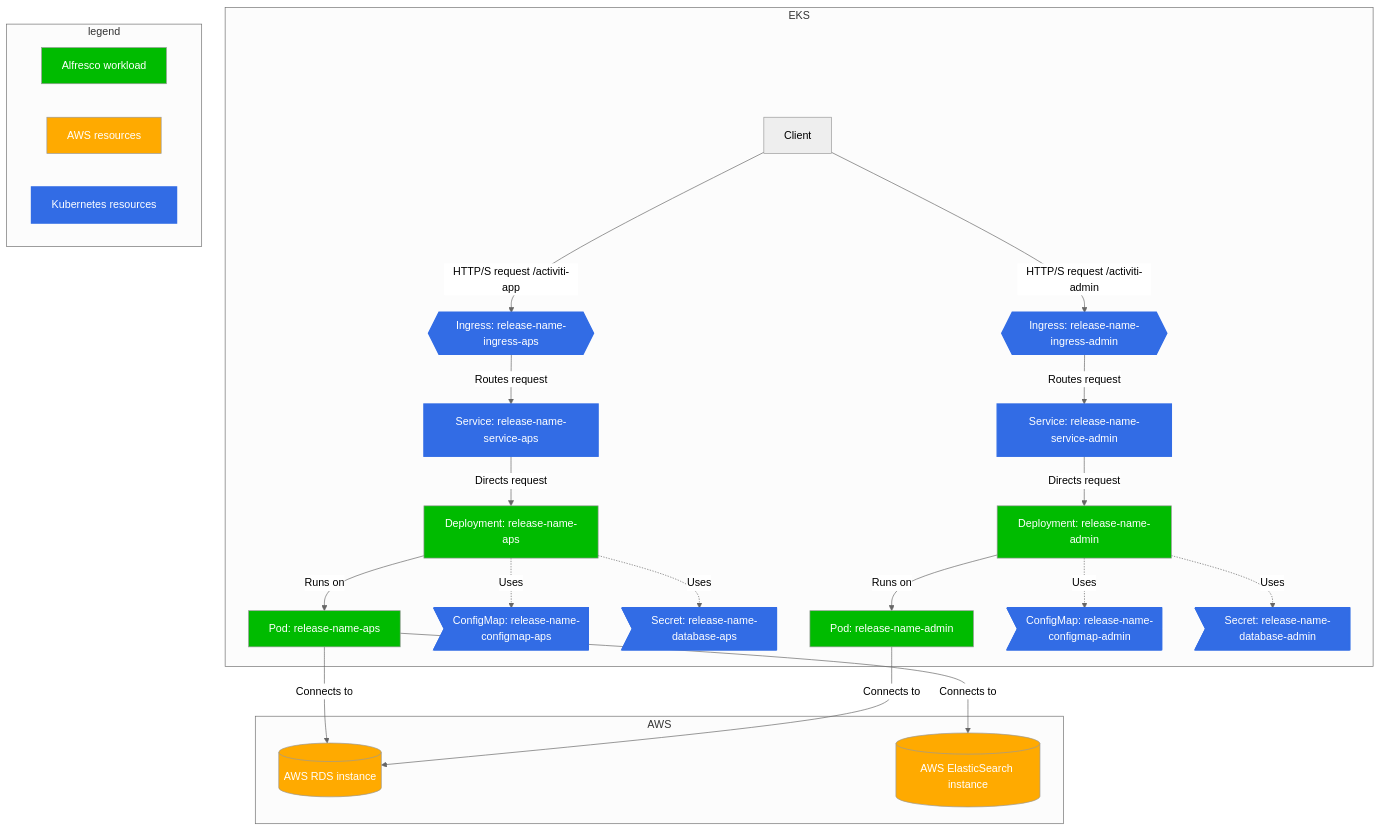
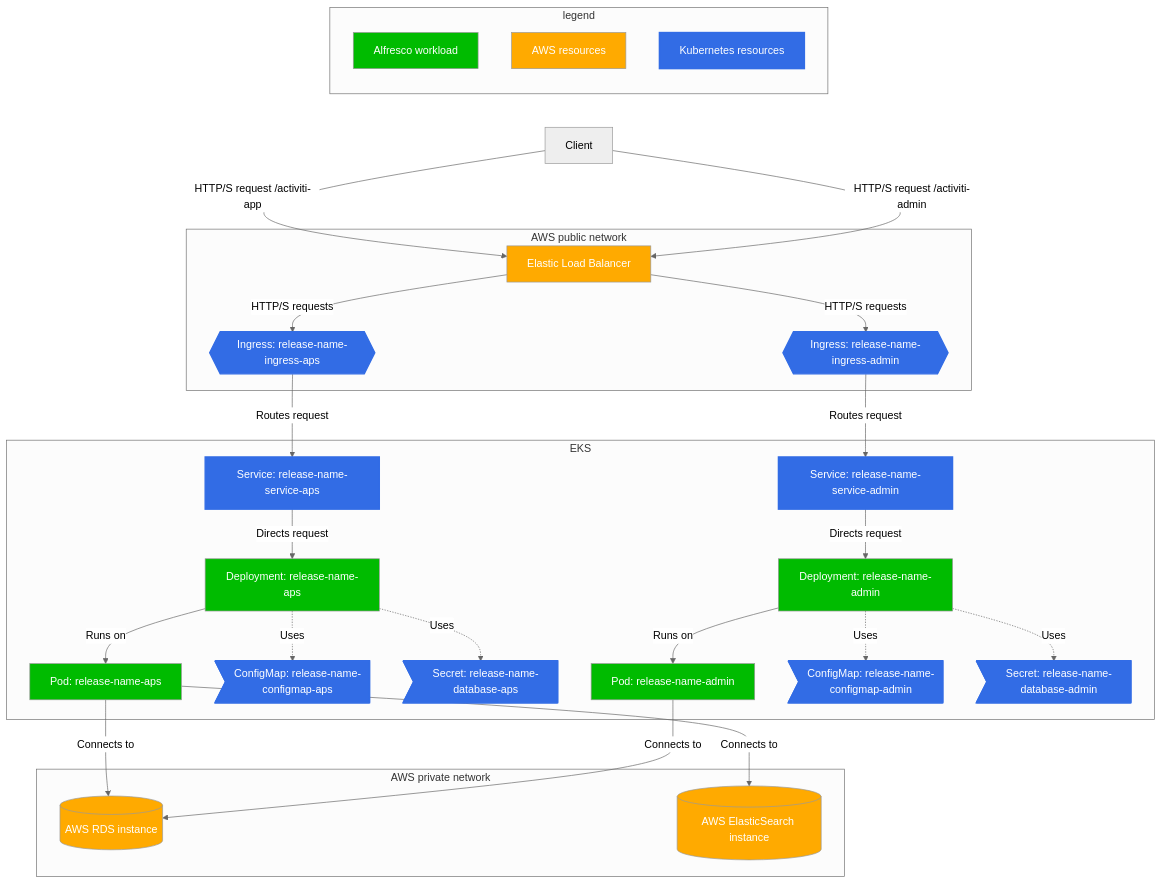
One commit to swagnerfaw/alfresco-helm-charts changed the second of 2 diagrams in charts/alfresco-process-services/docs/architecture.md. Above: the diagram before and after it, drawn with Mermaid.

Commit message:
add ELB to AWS graph

````diff
--- a/charts/alfresco-process-services/docs/architecture.md
+++ b/charts/alfresco-process-services/docs/architecture.md
@@ -49,40 +49,51 @@
 ```mermaid
 %%{init: {'theme':'neutral'}}%%
 flowchart TB
 
 classDef alf fill:#0b0,color:#fff
 classDef aws fill:#fa0,color:#fff
-classDef k8s fill:#326ce5,stroke:#326ce5,stroke-width:2px,color:#fff;
+classDef k8s fill:#326ce5,stroke:#326ce5,stroke-width:2px,color:#fff
+
+subgraph legend
+  direction TB
+  a[Alfresco workload]:::alf
+  t[AWS resources]:::aws
+  k[Kubernetes resources]:::k8s
+end
+
+legend ~~~ client[Client]
+
+subgraph AWS public network
+  ELB[Elastic Load Balancer]-- HTTP/S requests --> ingressAPS
+  ELB[Elastic Load Balancer]-- HTTP/S requests --> ingressAdmin
+  class ELB aws
+end
 
 subgraph EKS
-  client[Client] -- "HTTP/S request /activiti-app" --> ingressAPS{{Ingress: release-name-ingress-aps}}
+  ingressAPS{{Ingress: release-name-ingress-aps}}
+  ingressAdmin{{Ingress: release-name-ingress-admin}}
   ingressAPS -- Routes request --> serviceAPS[Service: release-name-service-aps]
   serviceAPS -- Directs request --> deploymentAPS[Deployment: release-name-aps]
-  deploymentAPS -- Runs on --> podAPS[Pod: release-name-aps]:::alf
+  deploymentAPS -- Runs on --> podAPS[Pod: release-name-aps]
   deploymentAPS -. Uses .-> configMapAPS>ConfigMap: release-name-configmap-aps]
-  deploymentAPS -. Uses .-> secretAPS>Secret: release-name-database-aps]:::alf
-  client -- "HTTP/S request /activiti-admin" --> ingressAdmin{{Ingress: release-name-ingress-admin}}
+  deploymentAPS -. Uses .-> secretAPS>Secret: release-name-database-aps]
   ingressAdmin -- Routes request --> serviceAdmin[Service: release-name-service-admin]
   serviceAdmin -- Directs request --> deploymentAdmin[Deployment: release-name-admin]
-  deploymentAdmin -- Runs on --> podAdmin[Pod: release-name-admin]:::alf
+  deploymentAdmin -- Runs on --> podAdmin[Pod: release-name-admin]
   deploymentAdmin -. Uses .-> configMapAdmin>ConfigMap: release-name-configmap-admin]
   deploymentAdmin -. Uses .-> secretAdmin>Secret: release-name-database-admin]
   class ingressAPS,serviceAPS,configMapAPS,secretAPS k8s
   class ingressAdmin,serviceAdmin,configMapAdmin,secretAdmin k8s
   class podAPS,podAdmin,deploymentAPS,deploymentAdmin alf
 end
 
-subgraph AWS
-    podAPS -- Connects to --> RDS[(AWS RDS instance)]
-    podAdmin -- Connects to --> RDS[(AWS RDS instance)]
-    podAPS -- Connects to --> ES[(AWS ElasticSearch instance)]
-    class ES,RDS aws
-end
+client -- "HTTP/S request /activiti-app" --> ELB
+client -- "HTTP/S request /activiti-admin" --> ELB
 
-subgraph legend
-  a[Alfresco workload]:::alf
-  t[AWS resources]:::aws
-
-  k[Kubernetes resources]:::k8s
+subgraph AWS private network
+  podAPS -- Connects to --> RDS[(AWS RDS instance)]
+  podAdmin -- Connects to --> RDS[(AWS RDS instance)]
+  podAPS -- Connects to --> ES[(AWS ElasticSearch instance)]
+  class ES,RDS aws
 end
 ```
````
